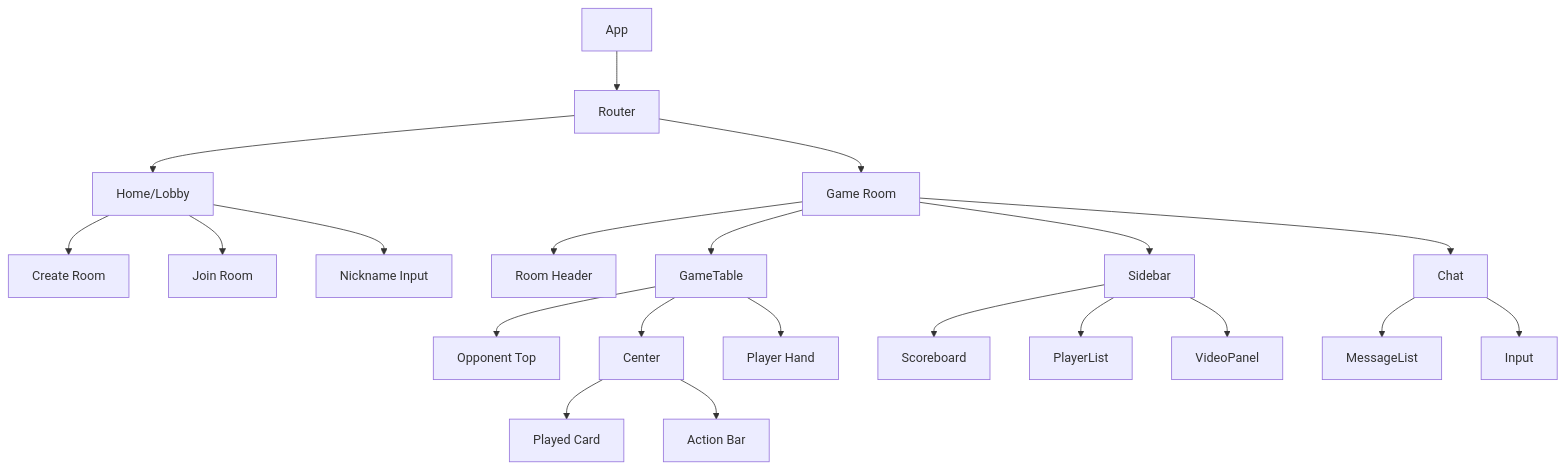
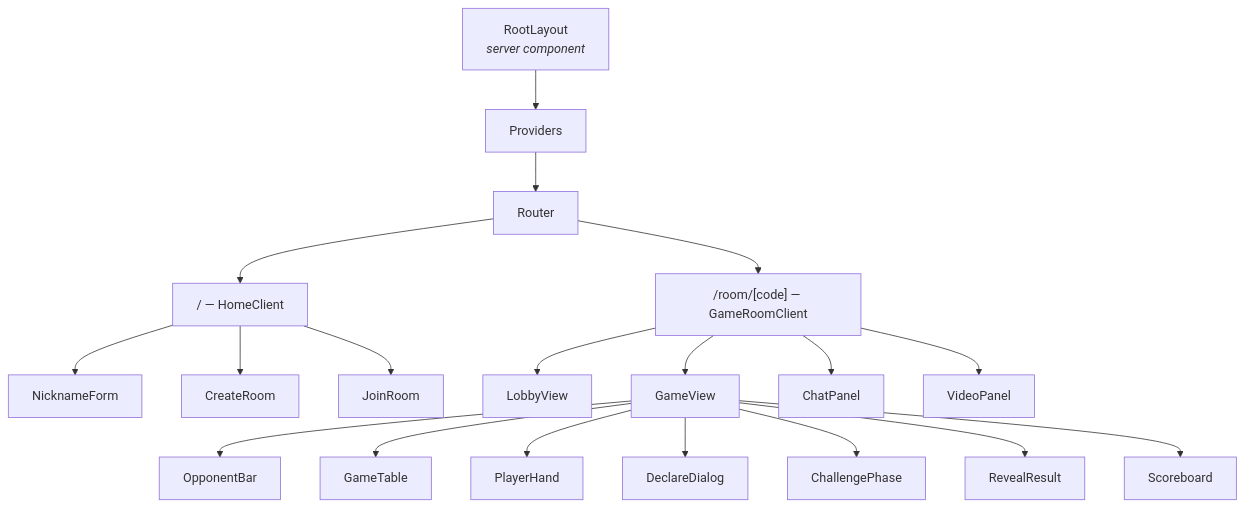
One commit to longuit2002-blip/spicy-sweet-game changed the second of 11 diagrams in docs/technical-design/sweet-spicy-game/tdd.md. Above: the diagram before and after it, drawn with Mermaid. The commit also changed other lines of this file and 165 other files, not shown here.

````diff
--- a/docs/technical-design/sweet-spicy-game/tdd.md
+++ b/docs/technical-design/sweet-spicy-game/tdd.md
@@ -165,28 +170,25 @@
 ```mermaid
 graph TD
-    App --> Router
-    Router --> Index[Home/Lobby]
-    Router --> Room[Game Room]
-    
-    Index --> CreateRoom[Create Room]
-    Index --> JoinRoom[Join Room]
-    Index --> Nickname[Nickname Input]
-    
-    Room --> Header[Room Header]
-    Room --> GameTable
-    Room --> Sidebar
-    Room --> Chat
-    
-    GameTable --> OpponentTop[Opponent Top]
-    GameTable --> Center
-    Center --> PlayedCard[Played Card]
-    Center --> ActionBar[Action Bar]
-    GameTable --> PlayerHand[Player Hand]
-    
-    Sidebar --> Scoreboard
-    Sidebar --> PlayerList
-    Sidebar --> VideoPanel
-    
-    Chat --> MessageList
-    Chat --> Input
+    Layout[RootLayout<br/><i>server component</i>] --> Providers
+    Providers --> Router
+
+    Router --> HomePage["/ — HomeClient"]
+    Router --> RoomPage["/room/[code] — GameRoomClient"]
+
+    HomePage --> NicknameForm
+    HomePage --> CreateRoom
+    HomePage --> JoinRoom
+
+    RoomPage --> LobbyView
+    RoomPage --> GameView
+    RoomPage --> ChatPanel
+    RoomPage --> VideoPanel
+
+    GameView --> OpponentBar
+    GameView --> GameTable
+    GameView --> PlayerHand
+    GameView --> DeclareDialog
+    GameView --> ChallengePhase
+    GameView --> RevealResult
+    GameView --> Scoreboard
 ```
````
